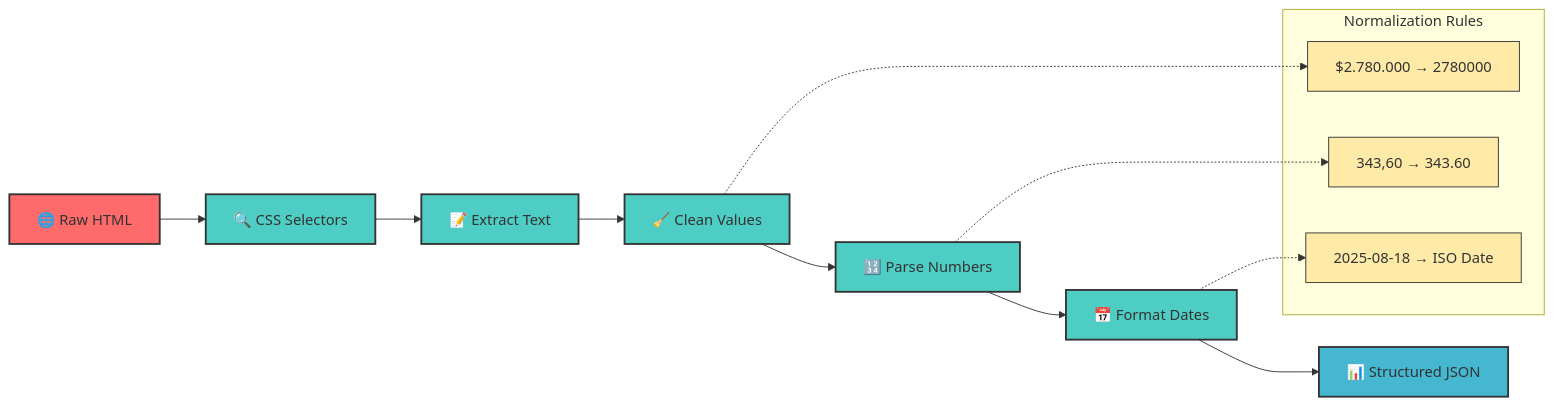
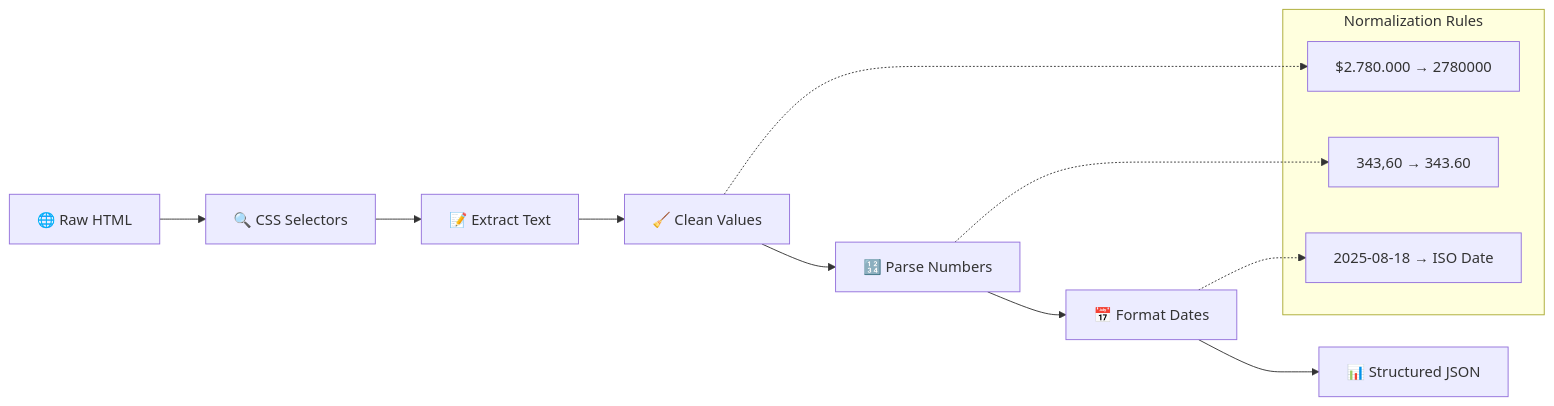
The fifth of 7 diagrams in README.md (felipesanchez-dev/micafe-api), drawn with Mermaid before and after one commit. The commit also changed other lines of this file, not shown here.

````diff
--- a/README.md
+++ b/README.md
@@ -292,29 +284,25 @@
 ```mermaid
 flowchart LR
     A[🌐 Raw HTML] --> B[🔍 CSS Selectors]
     B --> C[📝 Extract Text]
     C --> D[🧹 Clean Values]
     D --> E[🔢 Parse Numbers]
     E --> F[📅 Format Dates]
     F --> G[📊 Structured JSON]
-    
+
     subgraph "Normalization Rules"
         H["$2.780.000 → 2780000"]
         I["343,60 → 343.60"]
         J["2025-08-18 → ISO Date"]
     end
-    
+
     D -.-> H
     E -.-> I
     F -.-> J
-    
-    classDef input fill:#FF6B6B,stroke:#333,stroke-width:2px
-    classDef process fill:#4ECDC4,stroke:#333,stroke-width:2px
-    classDef output fill:#45B7D1,stroke:#333,stroke-width:2px
-    classDef rule fill:#FFEAA7,stroke:#333,stroke-width:1px
-    
+
+
     class A input
     class B,C,D,E,F process
     class G output
     class H,I,J rule
 ```
````
